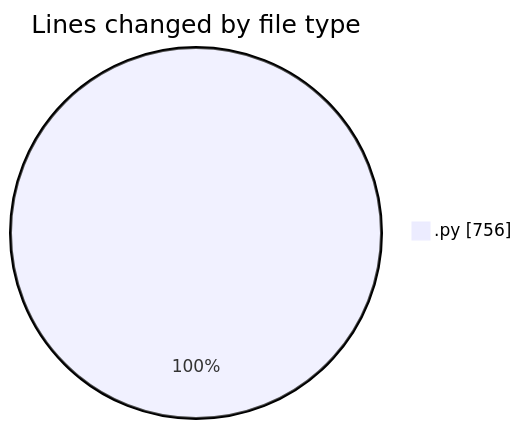
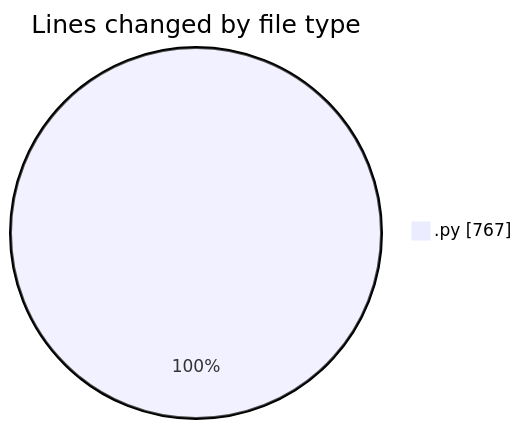
One commit to julien-gomy/code-tracking changed the first of 2 diagrams in 2025-10-22/eventscop-api-guide__workspace_/README.md. Above: the diagram before and after it, drawn with Mermaid. The commit also changed other lines of this file and 1 other file, not shown here.

````diff
--- a/2025-10-22/eventscop-api-guide__workspace_/README.md
+++ b/2025-10-22/eventscop-api-guide__workspace_/README.md
@@ -34,5 +34,5 @@
 ```mermaid
 pie showData
 title Lines changed by file type
-".py" : 756
+".py" : 767
 ```
````
